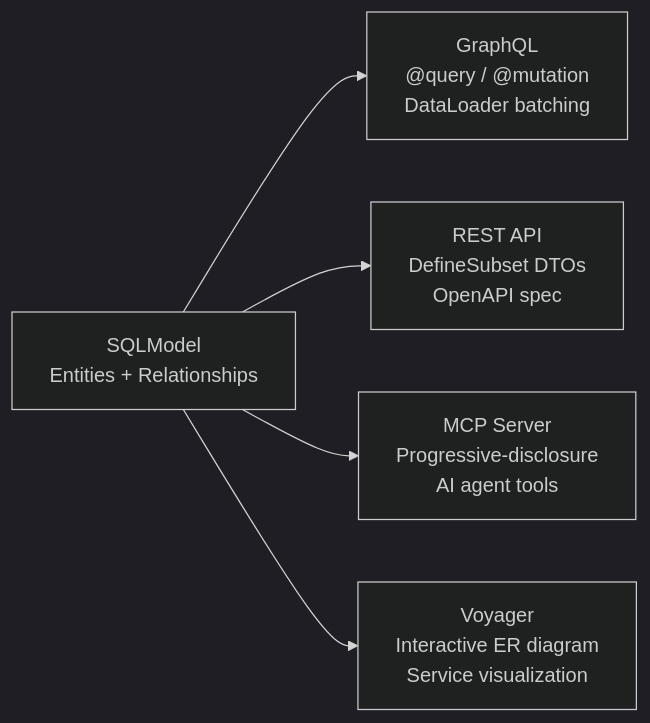
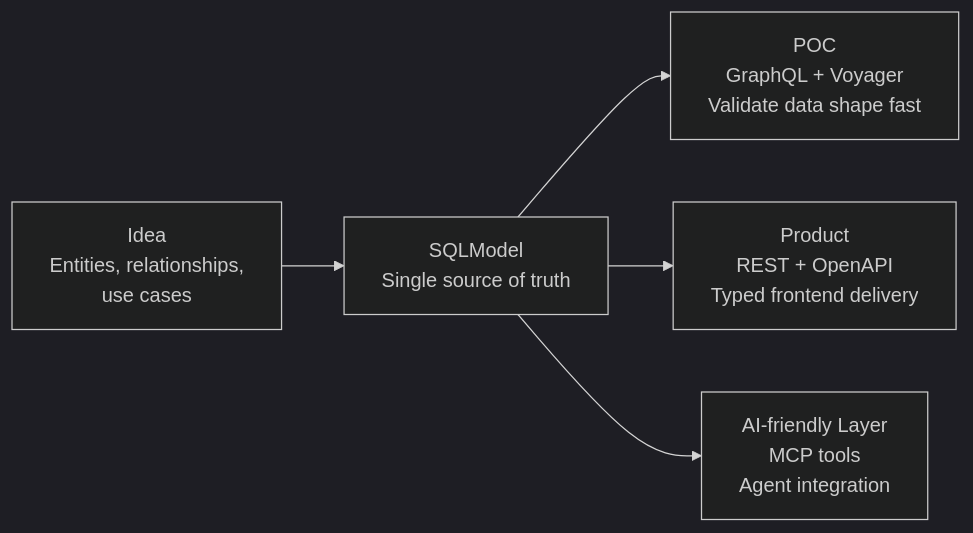
The diagram in README.md (allmonday/nexusx), drawn with Mermaid (dark theme) before and after one commit. The commit also changed other lines of this file, not shown here.

````diff
--- a/README.md
+++ b/README.md
@@ -13,8 +15,7 @@
 ```mermaid
 flowchart LR
-    model["SQLModel<br/>Entities + Relationships"]
-    model --> gql["GraphQL<br/>@query / @mutation<br/>DataLoader batching"]
-    model --> rest["REST API<br/>DefineSubset DTOs<br/>OpenAPI spec"]
-    model --> mcp["MCP Server<br/>Progressive-disclosure<br/>AI agent tools"]
-    model --> viz["Voyager<br/>Interactive ER diagram<br/>Service visualization"]
+    idea["Idea<br/>Entities, relationships,<br/>use cases"] --> model["SQLModel<br/>Single source of truth"]
+    model --> poc["POC<br/>GraphQL + Voyager<br/>Validate data shape fast"]
+    model --> product["Product<br/>REST + OpenAPI<br/>Typed frontend delivery"]
+    model --> ai["AI-friendly Layer<br/>MCP tools<br/>Agent integration"]
 ```
````
